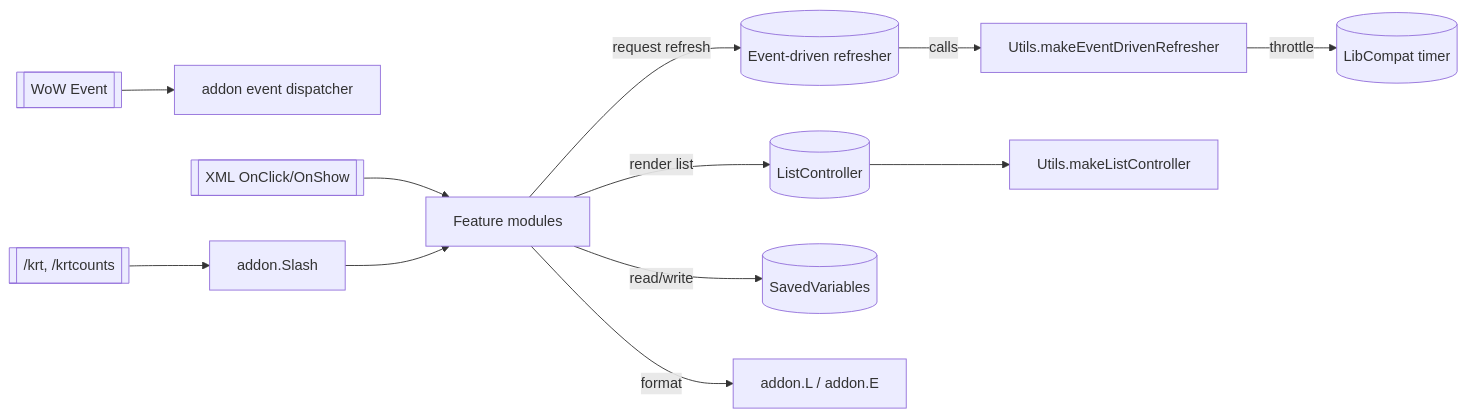
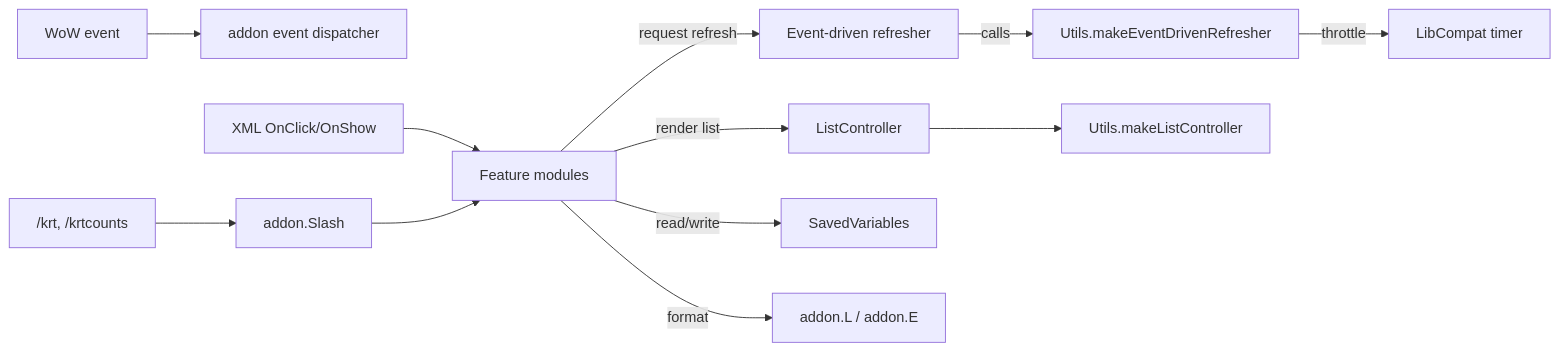
Before and after one commit to sk1zzovsmx/KRT-improved: the second of 3 diagrams in OVERVIEW.md, drawn with Mermaid. The commit also changed other lines of this file, not shown here.

````diff
--- a/OVERVIEW.md
+++ b/OVERVIEW.md
@@ -125,16 +124,16 @@
 ```mermaid
 flowchart LR
-  W[[WoW Event]] --> EVT[addon event dispatcher]
-  UI[[XML OnClick/OnShow]] --> M[Feature modules]
-  SL[[/krt, /krtcounts]] --> Slash[addon.Slash] --> M
+  W["WoW event"] --> EVT["addon event dispatcher"]
+  UI["XML OnClick/OnShow"] --> M["Feature modules"]
+  SL["/krt, /krtcounts"] --> Slash["addon.Slash"] --> M
 
-  M --request refresh--> R[(Event-driven refresher)]
-  R --calls--> U[Utils.makeEventDrivenRefresher]
-  U --throttle--> T[(LibCompat timer)]
+  M -->|request refresh| R["Event-driven refresher"]
+  R -->|calls| U["Utils.makeEventDrivenRefresher"]
+  U -->|throttle| T["LibCompat timer"]
 
-  M --render list--> LC[(ListController)]
-  LC --> U2[Utils.makeListController]
+  M -->|render list| LC["ListController"]
+  LC --> U2["Utils.makeListController"]
 
-  M --read/write--> SV[(SavedVariables)]
-  M --format--> L[addon.L / addon.E]
+  M -->|read/write| SV["SavedVariables"]
+  M -->|format| L["addon.L / addon.E"]
 ```
````
